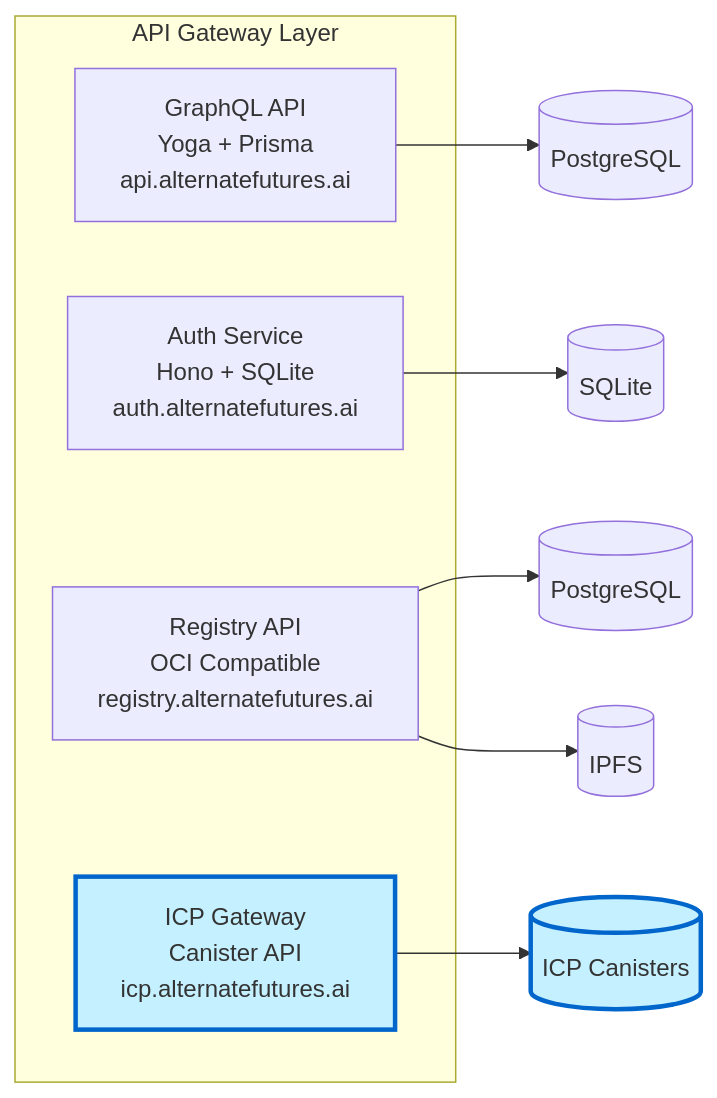
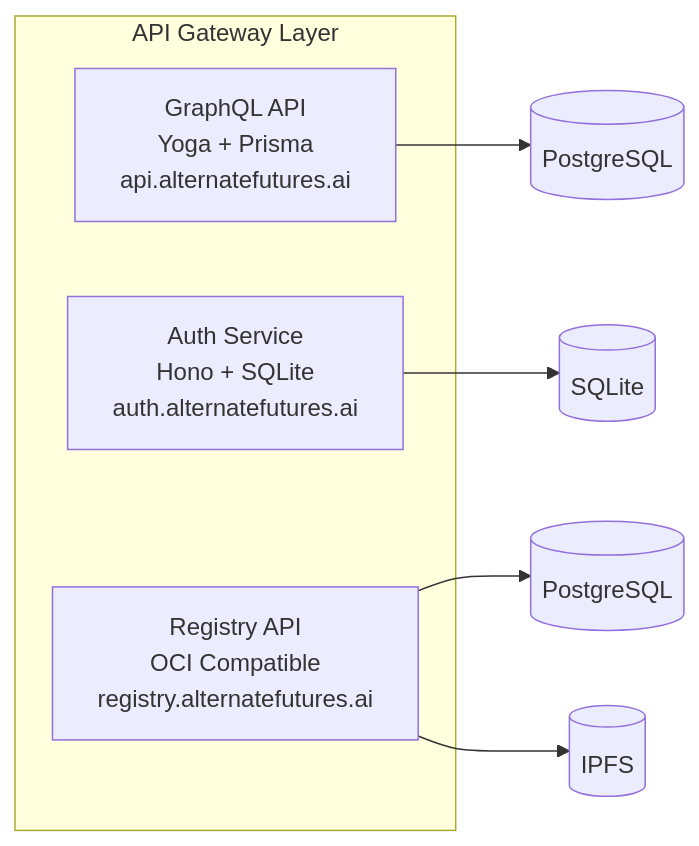
One commit to alternatefutures/.github changed the second of 13 diagrams in TECHNICAL_ARCHITECTURE.md. Above: the diagram before and after it, drawn with Mermaid. The commit also changed other lines of this file, not shown here.

First line of the commit message:
Refactor ICP integration as deployment target option

````diff
--- a/TECHNICAL_ARCHITECTURE.md
+++ b/TECHNICAL_ARCHITECTURE.md
@@ -151,18 +145,13 @@
 ```mermaid
 graph LR
     subgraph "API Gateway Layer"
         GraphQL[GraphQL API<br/>Yoga + Prisma<br/>api.alternatefutures.ai]
         Auth[Auth Service<br/>Hono + SQLite<br/>auth.alternatefutures.ai]
         Registry[Registry API<br/>OCI Compatible<br/>registry.alternatefutures.ai]
-        ICPGateway[ICP Gateway<br/>Canister API<br/>icp.alternatefutures.ai]
     end
     
     GraphQL --> DB[(PostgreSQL)]
     Auth --> AuthDB[(SQLite)]
     Registry --> RegDB[(PostgreSQL)]
     Registry --> IPFS[(IPFS)]
-    ICPGateway --> ICPCanisters[(ICP Canisters)]
-    
-    style ICPGateway fill:#c5f0ff,stroke:#0066cc,stroke-width:3px
-    style ICPCanisters fill:#c5f0ff,stroke:#0066cc,stroke-width:3px
 ```
````
